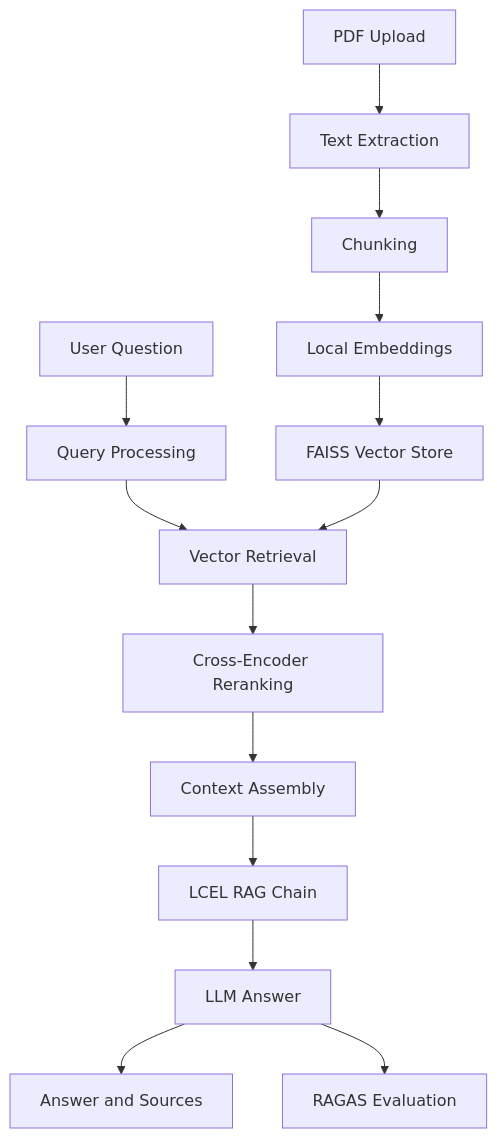
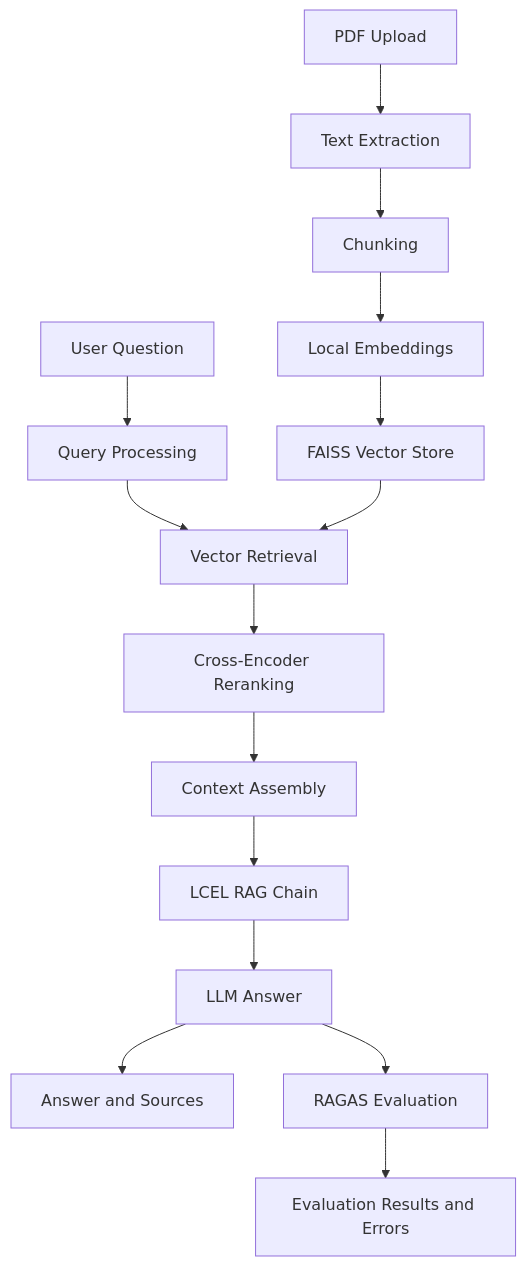
The diagram in README.md (ashutosh-jha-web/lecture-notes-rag), drawn with Mermaid before and after one commit. The commit also changed other lines of this file and 4 other files, not shown here.

````diff
--- a/README.md
+++ b/README.md
@@ -20,16 +33,18 @@
 ```mermaid
 flowchart TD
     A[PDF Upload] --> B[Text Extraction]
     B --> C[Chunking]
     C --> D[Local Embeddings]
     D --> E[FAISS Vector Store]
+
     F[User Question] --> G[Query Processing]
     G --> H[Vector Retrieval]
     E --> H
     H --> I[Cross-Encoder Reranking]
     I --> J[Context Assembly]
     J --> K[LCEL RAG Chain]
     K --> L[LLM Answer]
     L --> M[Answer and Sources]
     L --> N[RAGAS Evaluation]
+    N --> O[Evaluation Results and Errors]
 ```
````
